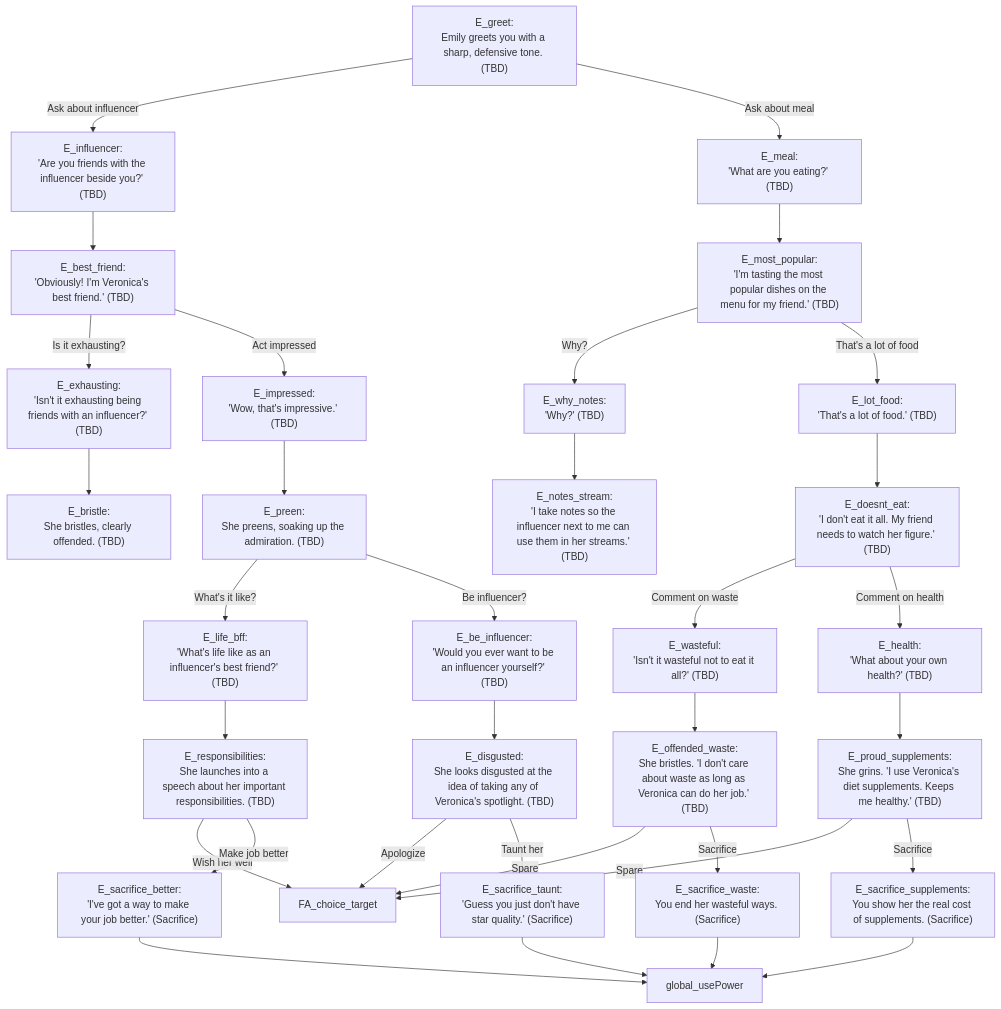
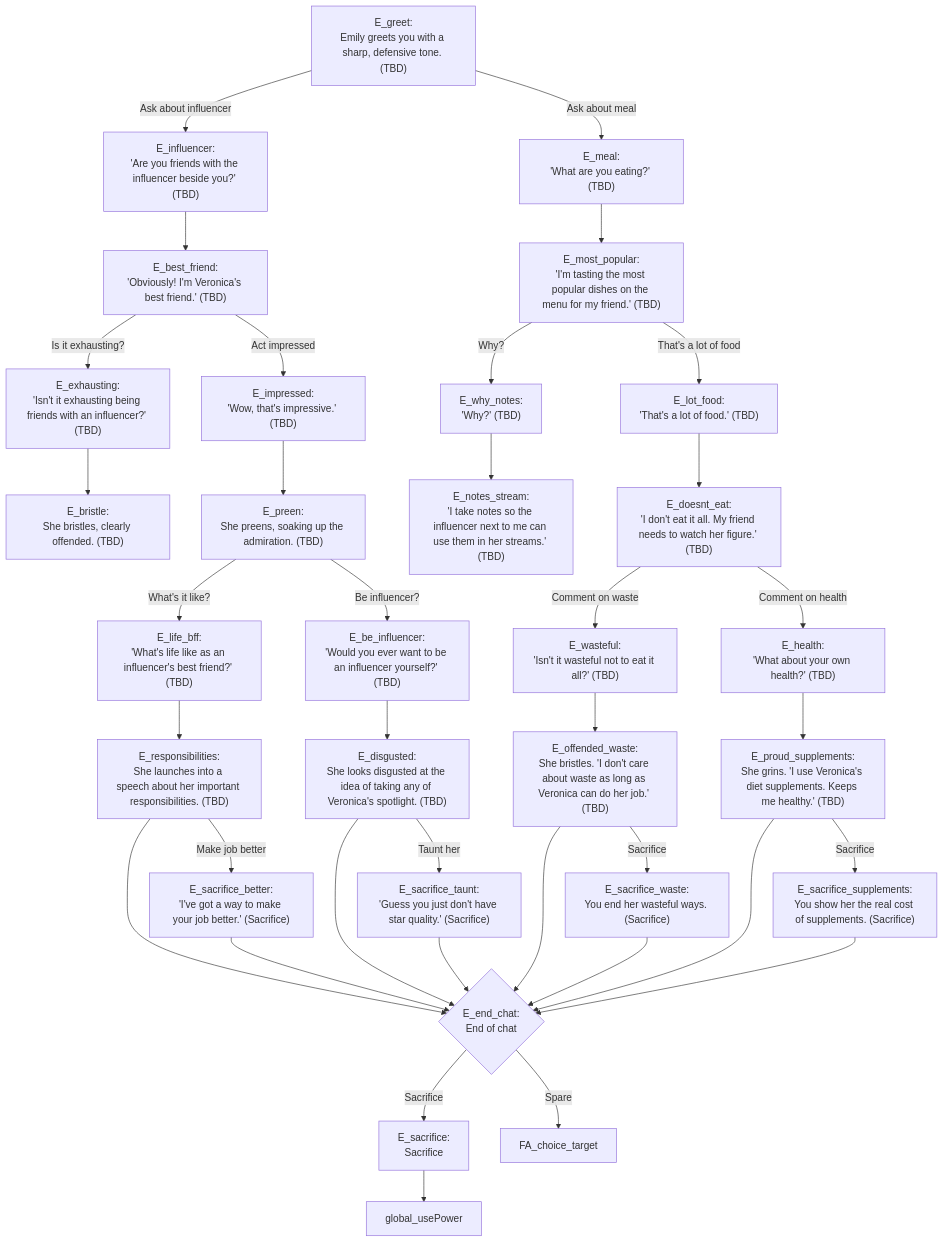
One commit to ivalace/horror-game-jam-2025 changed the diagram in Emily.mmd. Above: the diagram before and after it, drawn with Mermaid. The commit also changed 9 other files, not shown here.

```diff
--- a/Emily.mmd
+++ b/Emily.mmd
@@ -1,36 +1,41 @@
 flowchart TD
 direction LR
 E_greet["E_greet:<br/>Emily greets you with a sharp, defensive tone. (TBD)"] -->|Ask about influencer| E_influencer
 E_greet -->|Ask about meal| E_meal
 E_influencer["E_influencer:<br/>'Are you friends with the influencer beside you?' (TBD)"] --> E_best_friend
 E_best_friend["E_best_friend:<br/>'Obviously! I'm Veronica's best friend.' (TBD)"] -->|Is it exhausting?| E_exhausting
 E_best_friend -->|Act impressed| E_impressed
 E_exhausting["E_exhausting:<br/>'Isn't it exhausting being friends with an influencer?' (TBD)"] --> E_bristle
 E_bristle["E_bristle:<br/>She bristles, clearly offended. (TBD)"]
 E_impressed["E_impressed:<br/>'Wow, that's impressive.' (TBD)"] --> E_preen
 E_preen["E_preen:<br/>She preens, soaking up the admiration. (TBD)"] -->|What's it like?| E_life_bff
 E_preen -->|Be influencer?| E_be_influencer
 E_life_bff["E_life_bff:<br/>'What's life like as an influencer's best friend?' (TBD)"] --> E_responsibilities
-E_responsibilities["E_responsibilities:<br/>She launches into a speech about her important responsibilities. (TBD)"] -->|Wish her well| FA_choice_target
+E_responsibilities["E_responsibilities:<br/>She launches into a speech about her important responsibilities. (TBD)"] --> E_end_chat
 E_responsibilities -->|Make job better| E_sacrifice_better
-E_sacrifice_better["E_sacrifice_better:<br/>'I've got a way to make your job better.' (Sacrifice)"] --> global_usePower
 E_be_influencer["E_be_influencer:<br/>'Would you ever want to be an influencer yourself?' (TBD)"] --> E_disgusted
-E_disgusted["E_disgusted:<br/>She looks disgusted at the idea of taking any of Veronica's spotlight. (TBD)"] -->|Apologize| FA_choice_target
+E_disgusted["E_disgusted:<br/>She looks disgusted at the idea of taking any of Veronica's spotlight. (TBD)"] --> E_end_chat
 E_disgusted -->|Taunt her| E_sacrifice_taunt
-E_sacrifice_taunt["E_sacrifice_taunt:<br/>'Guess you just don't have star quality.' (Sacrifice)"] --> global_usePower
+E_sacrifice_taunt["E_sacrifice_taunt:<br/>'Guess you just don't have star quality.' (Sacrifice)"] --> E_end_chat
 E_meal["E_meal:<br/>'What are you eating?' (TBD)"] --> E_most_popular
 E_most_popular["E_most_popular:<br/>'I'm tasting the most popular dishes on the menu for my friend.' (TBD)"] -->|Why?| E_why_notes
 E_most_popular -->|That's a lot of food| E_lot_food
 E_why_notes["E_why_notes:<br/>'Why?' (TBD)"] --> E_notes_stream
 E_notes_stream["E_notes_stream:<br/>'I take notes so the influencer next to me can use them in her streams.' (TBD)"]
 E_lot_food["E_lot_food:<br/>'That's a lot of food.' (TBD)"] --> E_doesnt_eat
 E_doesnt_eat["E_doesnt_eat:<br/>'I don't eat it all. My friend needs to watch her figure.' (TBD)"] -->|Comment on waste| E_wasteful
 E_doesnt_eat -->|Comment on health| E_health
 E_wasteful["E_wasteful:<br/>'Isn't it wasteful not to eat it all?' (TBD)"] --> E_offended_waste
-E_offended_waste["E_offended_waste:<br/>She bristles. 'I don't care about waste as long as Veronica can do her job.' (TBD)"] -->|Spare| FA_choice_target
+E_offended_waste["E_offended_waste:<br/>She bristles. 'I don't care about waste as long as Veronica can do her job.' (TBD)"] --> E_end_chat
 E_offended_waste -->|Sacrifice| E_sacrifice_waste
-E_sacrifice_waste["E_sacrifice_waste:<br/>You end her wasteful ways. (Sacrifice)"] --> global_usePower
 E_health["E_health:<br/>'What about your own health?' (TBD)"] --> E_proud_supplements
-E_proud_supplements["E_proud_supplements:<br/>She grins. 'I use Veronica's diet supplements. Keeps me healthy.' (TBD)"] -->|Spare| FA_choice_target
+E_proud_supplements["E_proud_supplements:<br/>She grins. 'I use Veronica's diet supplements. Keeps me healthy.' (TBD)"] --> E_end_chat
 E_proud_supplements -->|Sacrifice| E_sacrifice_supplements
-E_sacrifice_supplements["E_sacrifice_supplements:<br/>You show her the real cost of supplements. (Sacrifice)"] --> global_usePower
+E_sacrifice_better["E_sacrifice_better:<br/>'I've got a way to make your job better.' (Sacrifice)"] --> E_end_chat
+E_sacrifice_waste["E_sacrifice_waste:<br/>You end her wasteful ways. (Sacrifice)"] --> E_end_chat
+E_sacrifice_supplements["E_sacrifice_supplements:<br/>You show her the real cost of supplements. (Sacrifice)"] --> E_end_chat
+
+E_end_chat{"E_end_chat:<br/>End of chat"} -->|Sacrifice| E_sacrifice
+E_end_chat -->|Spare| FA_choice_target
+
+E_sacrifice["E_sacrifice:<br/>Sacrifice"] --> global_usePower
```
